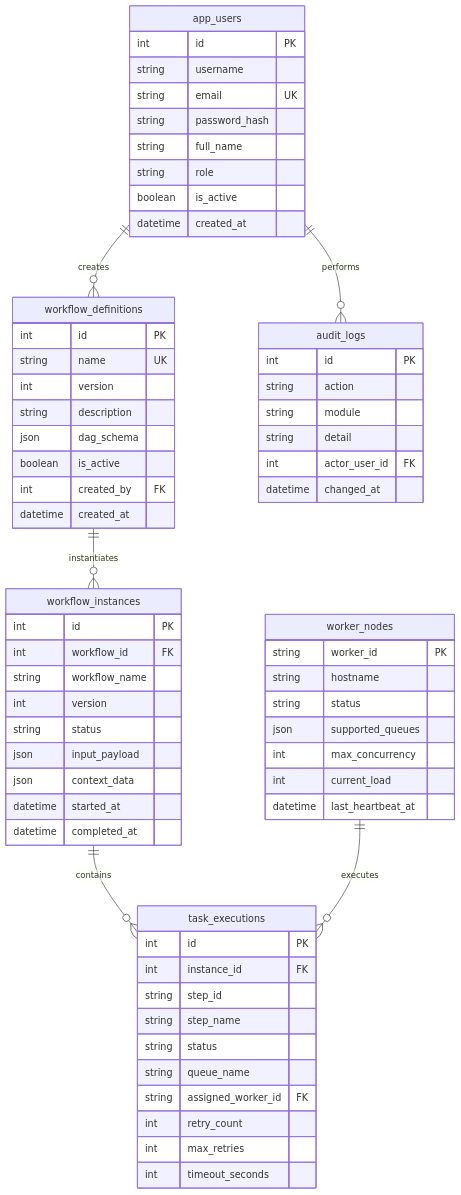
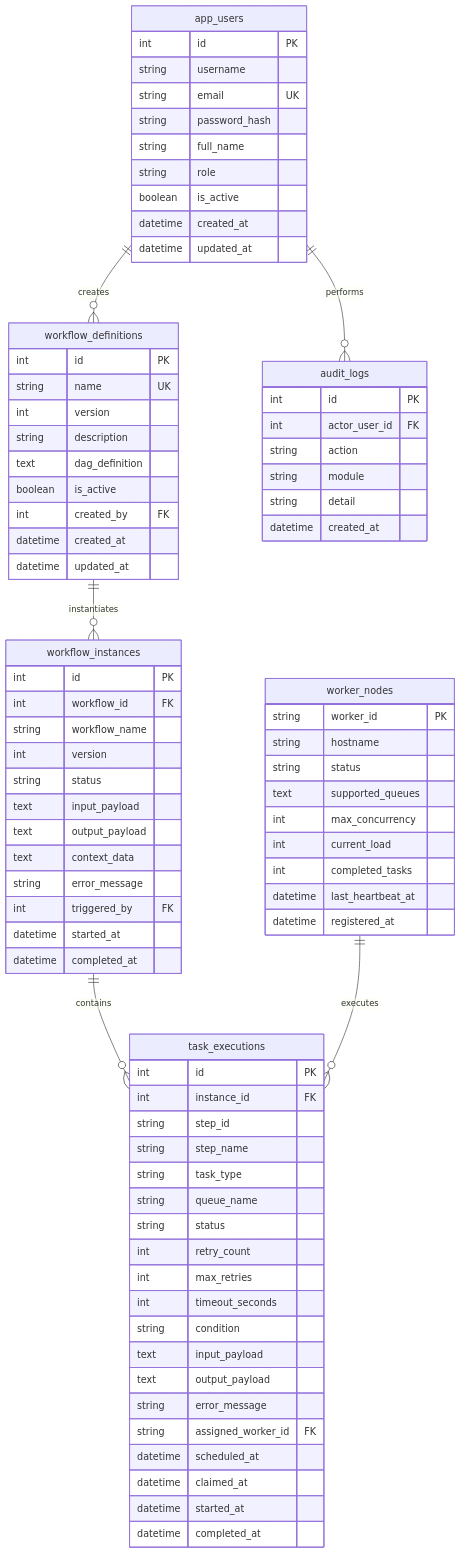
One commit to AnCoder1310/FlowForge changed the fifth of 11 diagrams in README.md. Above: the diagram before and after it, drawn with Mermaid. The commit also changed other lines of this file and 88 other files, not shown here.

````diff
--- a/README.md
+++ b/README.md
@@ -275,16 +410,18 @@
         string role
         boolean is_active
         datetime created_at
+        datetime updated_at
     }
     workflow_definitions {
         int id PK
         string name UK
         int version
         string description
-        json dag_schema
+        text dag_definition
         boolean is_active
         int created_by FK
         datetime created_at
+        datetime updated_at
     }
     workflow_instances {
         int id PK
@@ -292,8 +429,11 @@
         string workflow_name
         int version
         string status
-        json input_payload
-        json context_data
+        text input_payload
+        text output_payload
+        text context_data
+        string error_message
+        int triggered_by FK
         datetime started_at
         datetime completed_at
     }
@@ -302,28 +442,39 @@
         int instance_id FK
         string step_id
         string step_name
+        string task_type
+        string queue_name
         string status
-        string queue_name
-        string assigned_worker_id FK
         int retry_count
         int max_retries
         int timeout_seconds
+        string condition
+        text input_payload
+        text output_payload
+        string error_message
+        string assigned_worker_id FK
+        datetime scheduled_at
+        datetime claimed_at
+        datetime started_at
+        datetime completed_at
     }
     worker_nodes {
         string worker_id PK
         string hostname
         string status
-        json supported_queues
+        text supported_queues
         int max_concurrency
         int current_load
+        int completed_tasks
         datetime last_heartbeat_at
+        datetime registered_at
     }
     audit_logs {
         int id PK
+        int actor_user_id FK
         string action
         string module
         string detail
-        int actor_user_id FK
-        datetime changed_at
+        datetime created_at
     }
 ```
````
